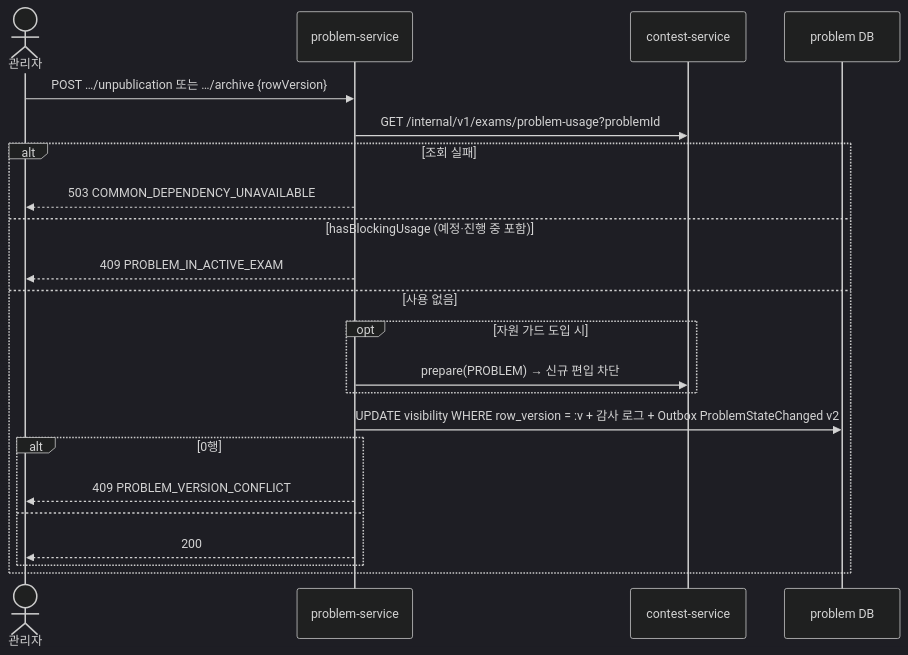
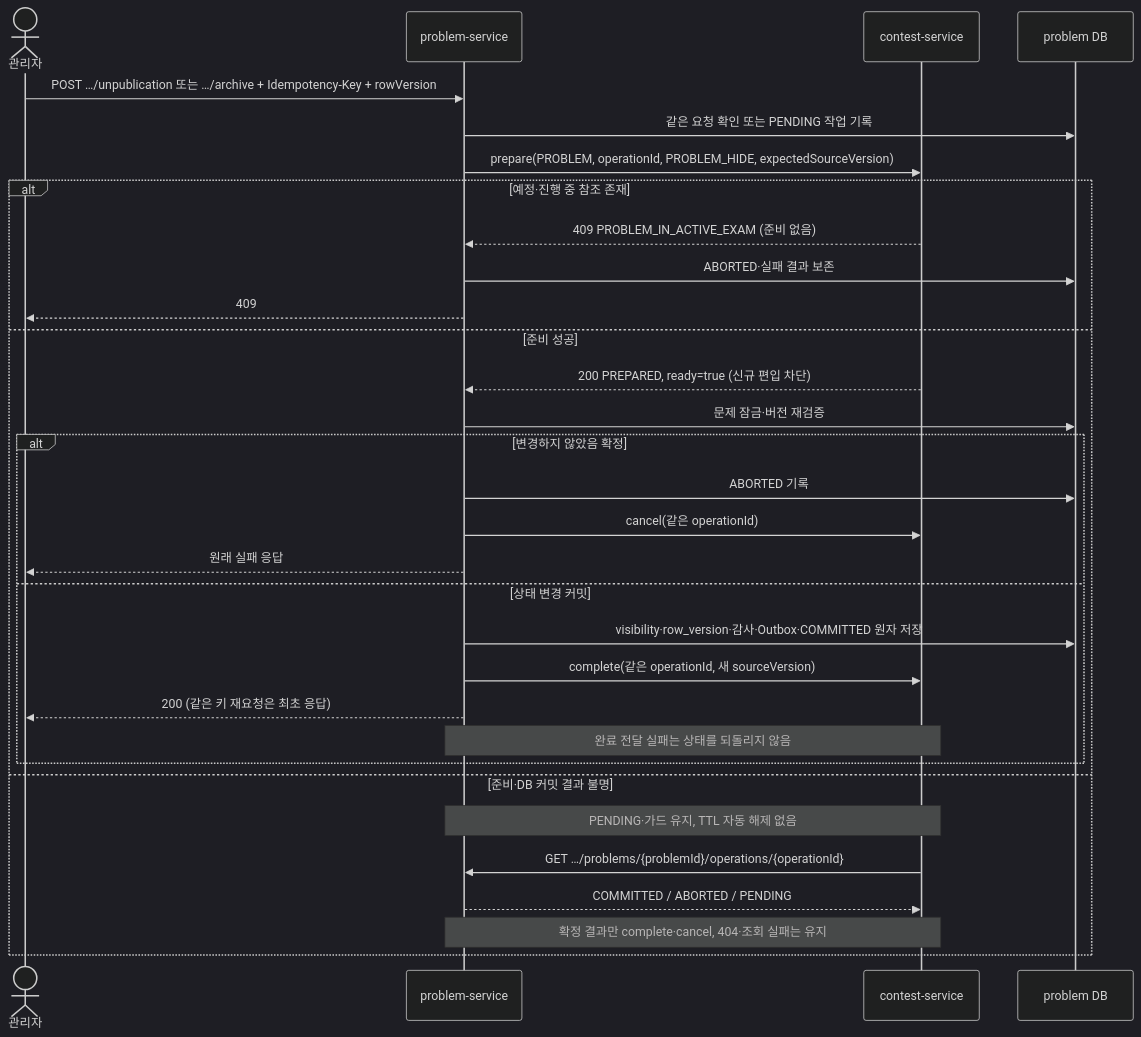
One commit to Back-To-Back-team-3/re-solve changed diagram 17 of 57 in docs/dev/architecture/diagrams.md. Above: the diagram before and after it, drawn with Mermaid (dark theme). The commit also changed other lines of this file and 6 other files, not shown here.

````diff
--- a/docs/dev/architecture/diagrams.md
+++ b/docs/dev/architecture/diagrams.md
@@ -524,24 +526,33 @@
 ```mermaid
 sequenceDiagram
     actor A as 관리자
     participant P as problem-service
     participant C as contest-service
     participant DB as problem DB
-    A->>P: POST …/unpublication 또는 …/archive {rowVersion}
-    P->>C: GET /internal/v1/exams/problem-usage?problemId
-    alt 조회 실패
-        P-->>A: 503 COMMON_DEPENDENCY_UNAVAILABLE
-    else hasBlockingUsage (예정·진행 중 포함)
-        P-->>A: 409 PROBLEM_IN_ACTIVE_EXAM
-    else 사용 없음
-        opt 자원 가드 도입 시
-            P->>C: prepare(PROBLEM) → 신규 편입 차단
+    A->>P: POST …/unpublication 또는 …/archive + Idempotency-Key + rowVersion
+    P->>DB: 같은 요청 확인 또는 PENDING 작업 기록
+    P->>C: prepare(PROBLEM, operationId, PROBLEM_HIDE, expectedSourceVersion)
+    alt 예정·진행 중 참조 존재
+        C-->>P: 409 PROBLEM_IN_ACTIVE_EXAM (준비 없음)
+        P->>DB: ABORTED·실패 결과 보존
+        P-->>A: 409
+    else 준비 성공
+        C-->>P: 200 PREPARED, ready=true (신규 편입 차단)
+        P->>DB: 문제 잠금·버전 재검증
+        alt 변경하지 않았음 확정
+            P->>DB: ABORTED 기록
+            P->>C: cancel(같은 operationId)
+            P-->>A: 원래 실패 응답
+        else 상태 변경 커밋
+            P->>DB: visibility·row_version·감사·Outbox·COMMITTED 원자 저장
+            P->>C: complete(같은 operationId, 새 sourceVersion)
+            P-->>A: 200 (같은 키 재요청은 최초 응답)
+            Note over P,C: 완료 전달 실패는 상태를 되돌리지 않음
         end
-        P->>DB: UPDATE visibility WHERE row_version = :v + 감사 로그 + Outbox ProblemStateChanged v2
-        alt 0행
-            P-->>A: 409 PROBLEM_VERSION_CONFLICT
-        else
-            P-->>A: 200
-        end
+    else 준비·DB 커밋 결과 불명
+        Note over P,C: PENDING·가드 유지, TTL 자동 해제 없음
+        C->>P: GET …/problems/{problemId}/operations/{operationId}
+        P-->>C: COMMITTED / ABORTED / PENDING
+        Note over P,C: 확정 결과만 complete·cancel, 404·조회 실패는 유지
     end
 ```
````
